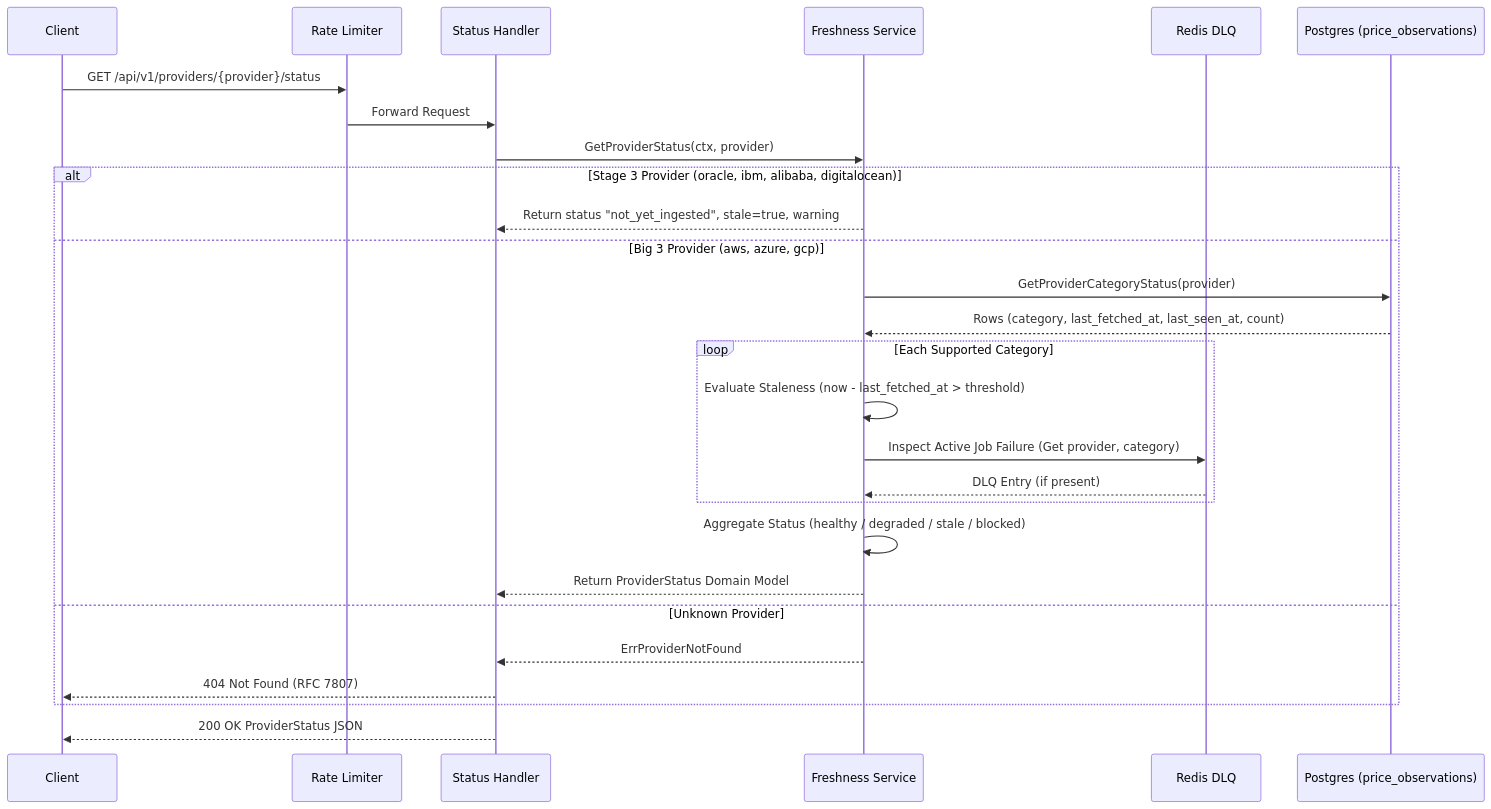
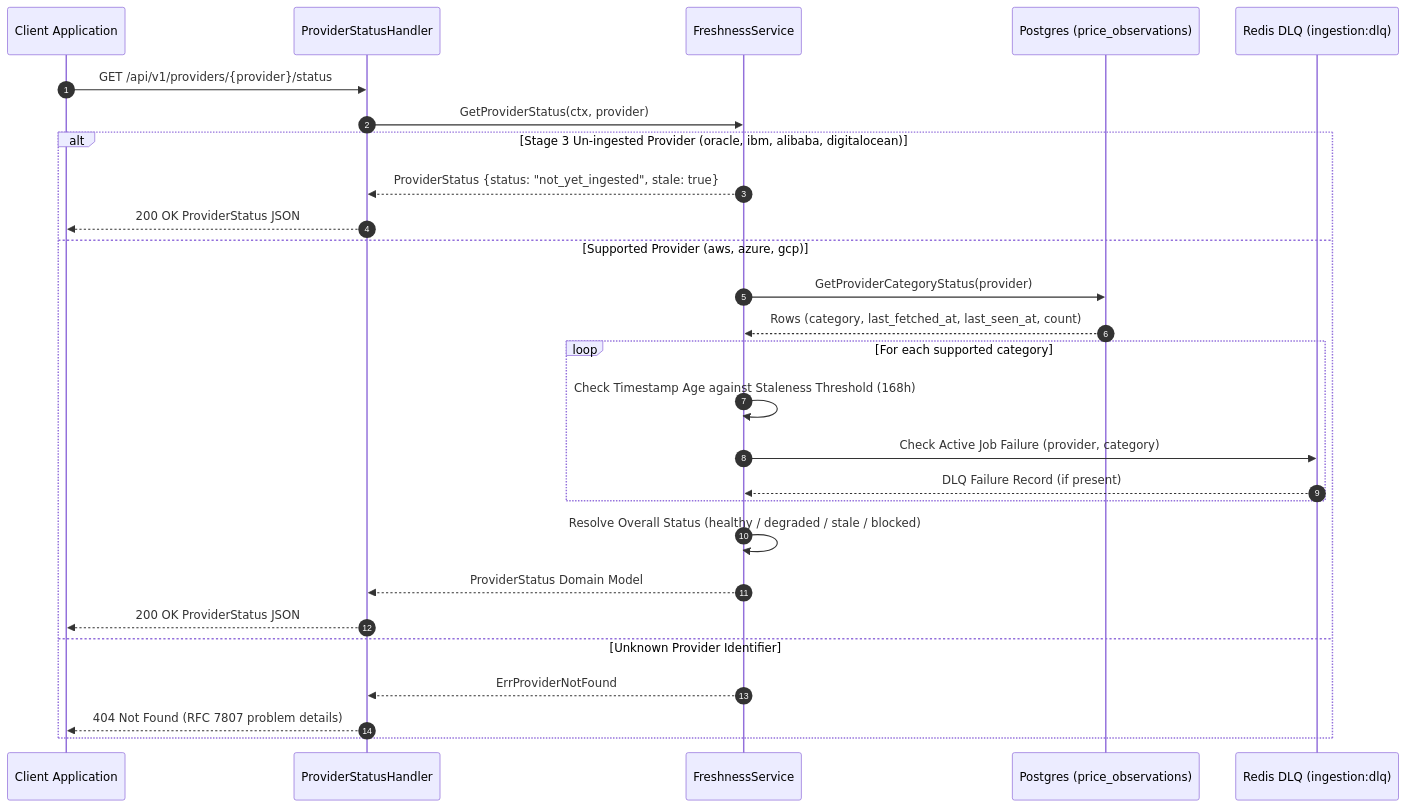
One commit to thatengineerguy21/cloudvitta changed the third of 3 diagrams in docs/diagrams/04-calculator-request-lifecycle.md. Above: the diagram before and after it, drawn with Mermaid. The commit also changed other lines of this file and 32 other files, not shown here.

First line of the commit message:
docs(architecture) : standardize ADRs, sequence diagrams, and root documentation for stage 1 exit gate

````diff
--- a/docs/diagrams/04-calculator-request-lifecycle.md
+++ b/docs/diagrams/04-calculator-request-lifecycle.md
@@ -65,34 +132,33 @@
 ```mermaid
 sequenceDiagram
-    participant Client
-    participant RateLimit as Rate Limiter
-    participant StatusH as Status Handler
-    participant Fresh as Freshness Service
-    participant DLQ as Redis DLQ
+    autonumber
+    participant Client as Client Application
+    participant Handler as ProviderStatusHandler
+    participant FreshSvc as FreshnessService
     participant DB as Postgres (price_observations)
+    participant DLQ as Redis DLQ (ingestion:dlq)
 
-    Client->>RateLimit: GET /api/v1/providers/{provider}/status
-    RateLimit->>StatusH: Forward Request
-    StatusH->>Fresh: GetProviderStatus(ctx, provider)
-
-    alt Stage 3 Provider (oracle, ibm, alibaba, digitalocean)
-        Fresh-->>StatusH: Return status "not_yet_ingested", stale=true, warning
-    else Big 3 Provider (aws, azure, gcp)
-        Fresh->>DB: GetProviderCategoryStatus(provider)
-        DB-->>Fresh: Rows (category, last_fetched_at, last_seen_at, count)
+    Client->>Handler: GET /api/v1/providers/{provider}/status
+    Handler->>FreshSvc: GetProviderStatus(ctx, provider)
+    
+    alt Stage 3 Un-ingested Provider (oracle, ibm, alibaba, digitalocean)
+        FreshSvc-->>Handler: ProviderStatus {status: "not_yet_ingested", stale: true}
+        Handler-->>Client: 200 OK ProviderStatus JSON
+    else Supported Provider (aws, azure, gcp)
+        FreshSvc->>DB: GetProviderCategoryStatus(provider)
+        DB-->>FreshSvc: Rows (category, last_fetched_at, last_seen_at, count)
         
-        loop Each Supported Category
-            Fresh->>Fresh: Evaluate Staleness (now - last_fetched_at > threshold)
-            Fresh->>DLQ: Inspect Active Job Failure (Get provider, category)
-            DLQ-->>Fresh: DLQ Entry (if present)
+        loop For each supported category
+            FreshSvc->>FreshSvc: Check Timestamp Age against Staleness Threshold (168h)
+            FreshSvc->>DLQ: Check Active Job Failure (provider, category)
+            DLQ-->>FreshSvc: DLQ Failure Record (if present)
         end
-
-        Fresh->>Fresh: Aggregate Status (healthy / degraded / stale / blocked)
-        Fresh-->>StatusH: Return ProviderStatus Domain Model
-    else Unknown Provider
-        Fresh-->>StatusH: ErrProviderNotFound
-        StatusH-->>Client: 404 Not Found (RFC 7807)
+        
+        FreshSvc->>FreshSvc: Resolve Overall Status (healthy / degraded / stale / blocked)
+        FreshSvc-->>Handler: ProviderStatus Domain Model
+        Handler-->>Client: 200 OK ProviderStatus JSON
+    else Unknown Provider Identifier
+        FreshSvc-->>Handler: ErrProviderNotFound
+        Handler-->>Client: 404 Not Found (RFC 7807 problem details)
     end
-
-    StatusH-->>Client: 200 OK ProviderStatus JSON
 ```
````
